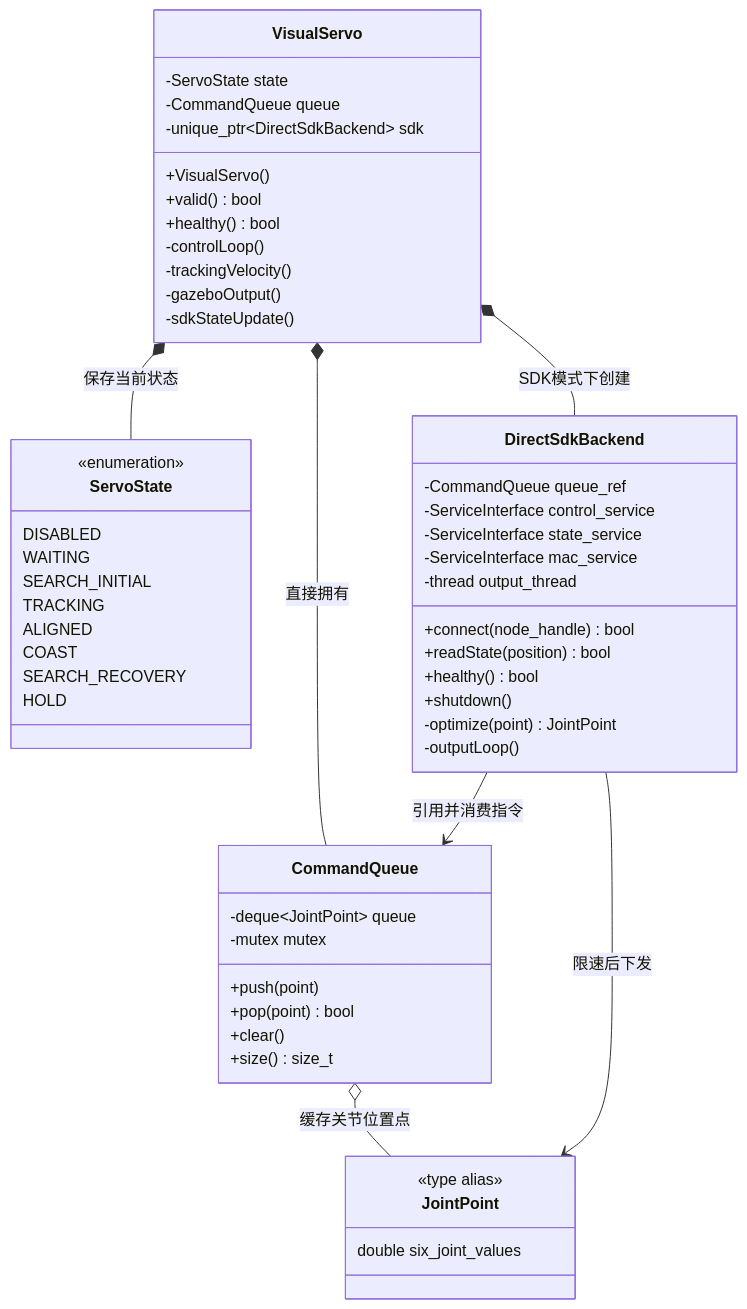
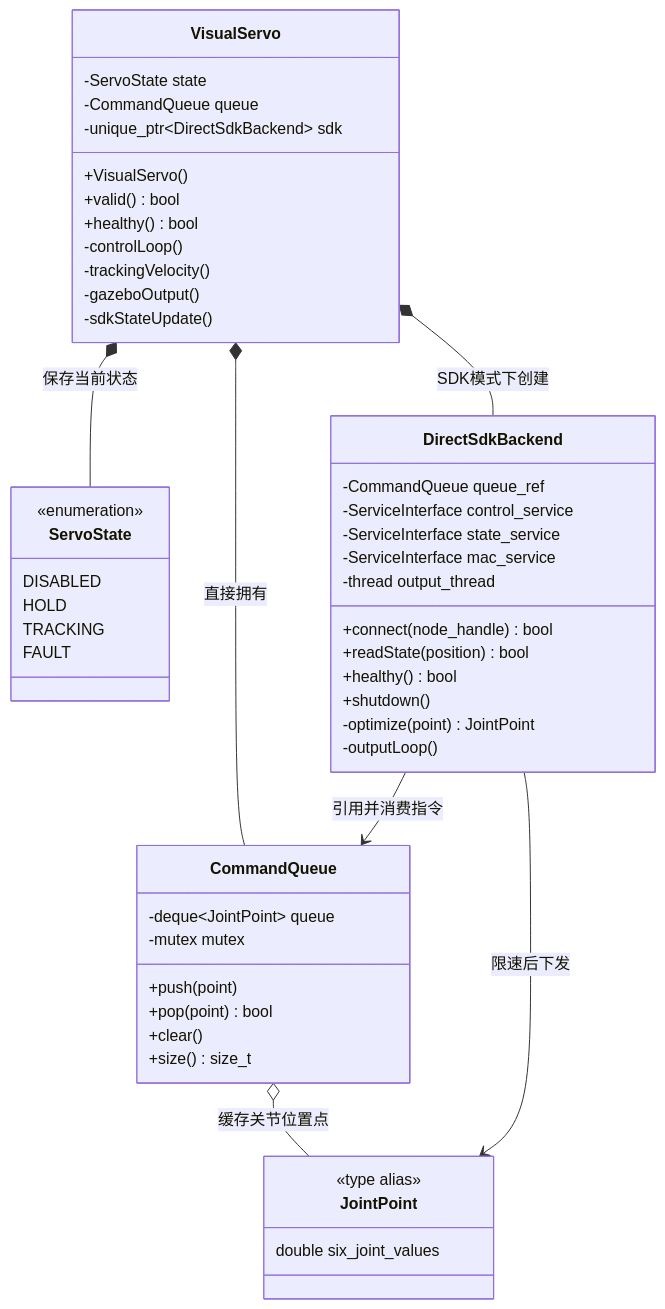
The first of 2 diagrams in aubo/aubo_ros_control/README.md (2799063570/ros-mobile-manipulation-lab), drawn with Mermaid before and after one commit. The commit also changed other lines of this file and 28 other files, not shown here.

````diff
--- a/aubo/aubo_ros_control/README.md
+++ b/aubo/aubo_ros_control/README.md
@@ -21,62 +21,58 @@
 ```mermaid
 classDiagram
     class VisualServo {
         -ServoState state
         -CommandQueue queue
         -unique_ptr~DirectSdkBackend~ sdk
         +VisualServo()
         +valid() bool
         +healthy() bool
         -controlLoop()
         -trackingVelocity()
         -gazeboOutput()
         -sdkStateUpdate()
     }
 
     class ServoState {
         <<enumeration>>
         DISABLED
-        WAITING
-        SEARCH_INITIAL
+        HOLD
         TRACKING
-        ALIGNED
-        COAST
-        SEARCH_RECOVERY
-        HOLD
+        FAULT
     }
 
     class CommandQueue {
         -deque~JointPoint~ queue
         -mutex mutex
         +push(point)
         +pop(point) bool
         +clear()
         +size() size_t
     }
 
     class DirectSdkBackend {
         -CommandQueue queue_ref
         -ServiceInterface control_service
         -ServiceInterface state_service
         -ServiceInterface mac_service
         -thread output_thread
         +connect(node_handle) bool
         +readState(position) bool
         +healthy() bool
         +shutdown()
         -optimize(point) JointPoint
         -outputLoop()
     }
 
     class JointPoint {
         <<type alias>>
         double six_joint_values
     }
 
     VisualServo *-- ServoState : 保存当前状态
     VisualServo *-- CommandQueue : 直接拥有
     VisualServo *-- DirectSdkBackend : SDK模式下创建
     CommandQueue o-- JointPoint : 缓存关节位置点
     DirectSdkBackend --> CommandQueue : 引用并消费指令
     DirectSdkBackend --> JointPoint : 限速后下发
 ```
````
